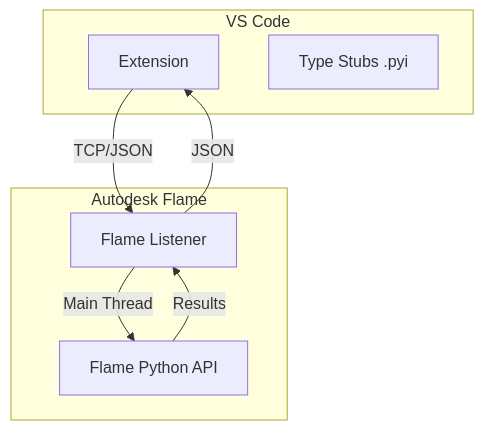
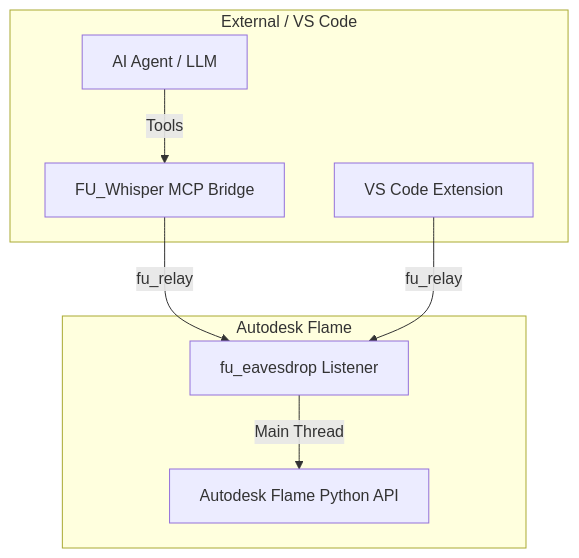
One commit to phil-man-git-hub/VSCODE-CONNECT-TO-FLAME changed the diagram in docs/vision.md. Above: the diagram before and after it, drawn with Mermaid. The commit also changed other lines of this file and 25 other files, not shown here.

````diff
--- a/docs/vision.md
+++ b/docs/vision.md
@@ -20,15 +21,18 @@
 ```mermaid
 graph TD
-    subgraph VS_Code [VS Code]
-        Ext[Extension]
-        Stubs[Type Stubs .pyi]
+    subgraph Development_Environment [External / VS Code]
+        AI[AI Agent / LLM]
+        Ext[VS Code Extension]
+        Whisper[FU_Whisper MCP Bridge]
     end
-    subgraph Flame [Autodesk Flame]
-        List[Flame Listener]
-        API[Flame Python API]
+    
+    subgraph Flame_Instance [Autodesk Flame]
+        Eavesdrop[fu_eavesdrop Listener]
+        API[Autodesk Flame Python API]
     end
-    Ext -- TCP/JSON --> List
-    List -- Main Thread --> API
-    API -- Results --> List
-    List -- JSON --> Ext
+
+    AI -- Tools --> Whisper
+    Whisper -- fu_relay --> Eavesdrop
+    Ext -- fu_relay --> Eavesdrop
+    Eavesdrop -- Main Thread --> API
 ```
````
